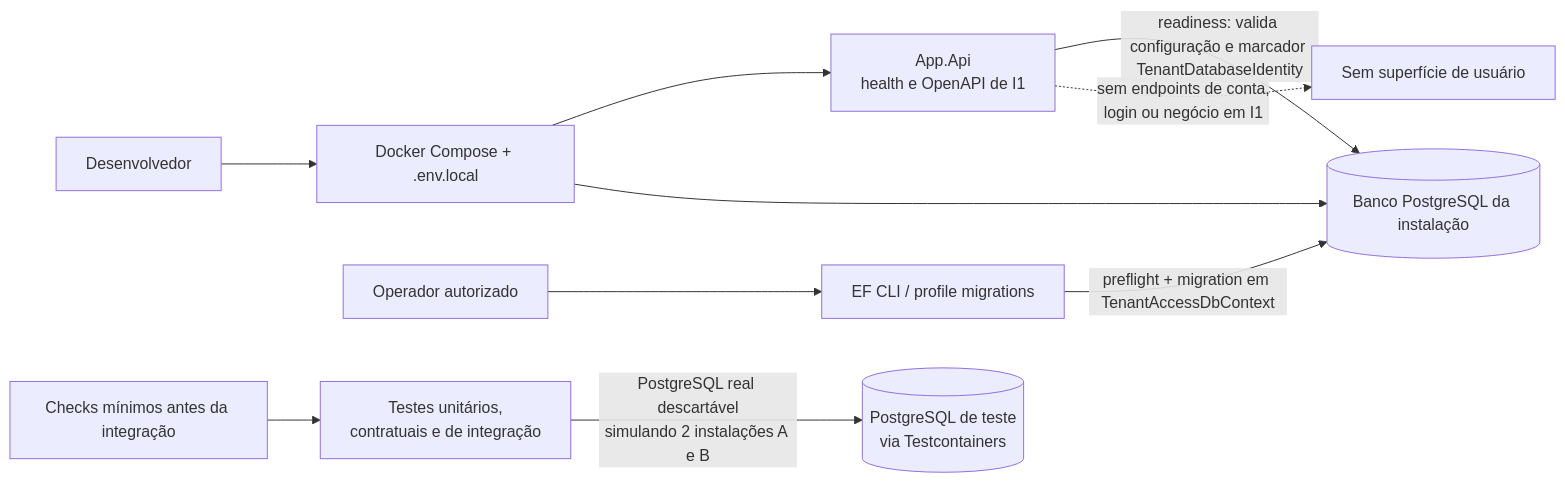
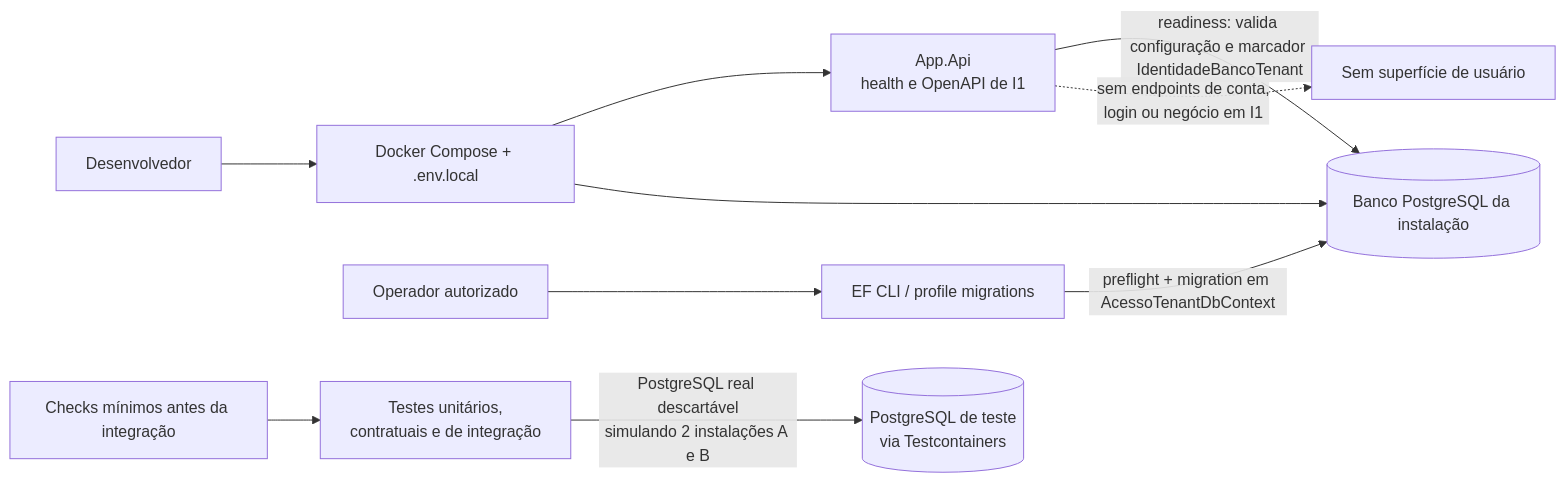
The second of 3 diagrams in specs/001-fullstack-foundation/architecture.md (EduardoMichetti/boilerplate-react-dotnet-sdd), drawn with Mermaid before and after one commit. The commit also changed other lines of this file and 10 other files, not shown here.

````diff
--- a/specs/001-fullstack-foundation/architecture.md
+++ b/specs/001-fullstack-foundation/architecture.md
@@ -74,15 +76,15 @@
 ```mermaid
 flowchart LR
     Dev[Desenvolvedor] --> Compose[Docker Compose + .env.local]
     Compose --> Api[App.Api<br/>health e OpenAPI de I1]
     Compose --> Pg[(Banco PostgreSQL da instalação)]
 
     Operator[Operador autorizado] --> Tool[EF CLI / profile migrations]
-    Tool -->|preflight + migration em TenantAccessDbContext| Pg
+    Tool -->|preflight + migration em AcessoTenantDbContext| Pg
 
-    Api -->|readiness: valida configuração e marcador TenantDatabaseIdentity| Pg
+    Api -->|readiness: valida configuração e marcador IdentidadeBancoTenant| Pg
     Api -. sem endpoints de conta,<br/>login ou negócio em I1 .-> NoRoutes[Sem superfície de usuário]
 
     CI[Checks mínimos antes da integração] --> Tests[Testes unitários,<br/>contratuais e de integração]
     Tests -->|PostgreSQL real descartável<br/>simulando 2 instalações A e B| TestPg[(PostgreSQL de teste<br/>via Testcontainers)]
 ```
````
